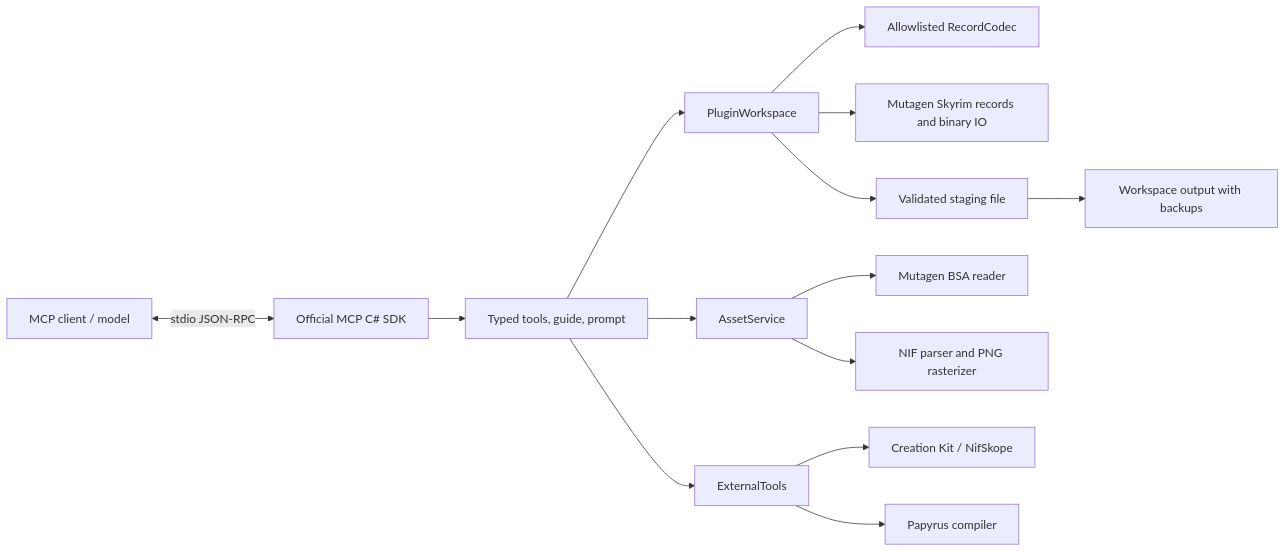
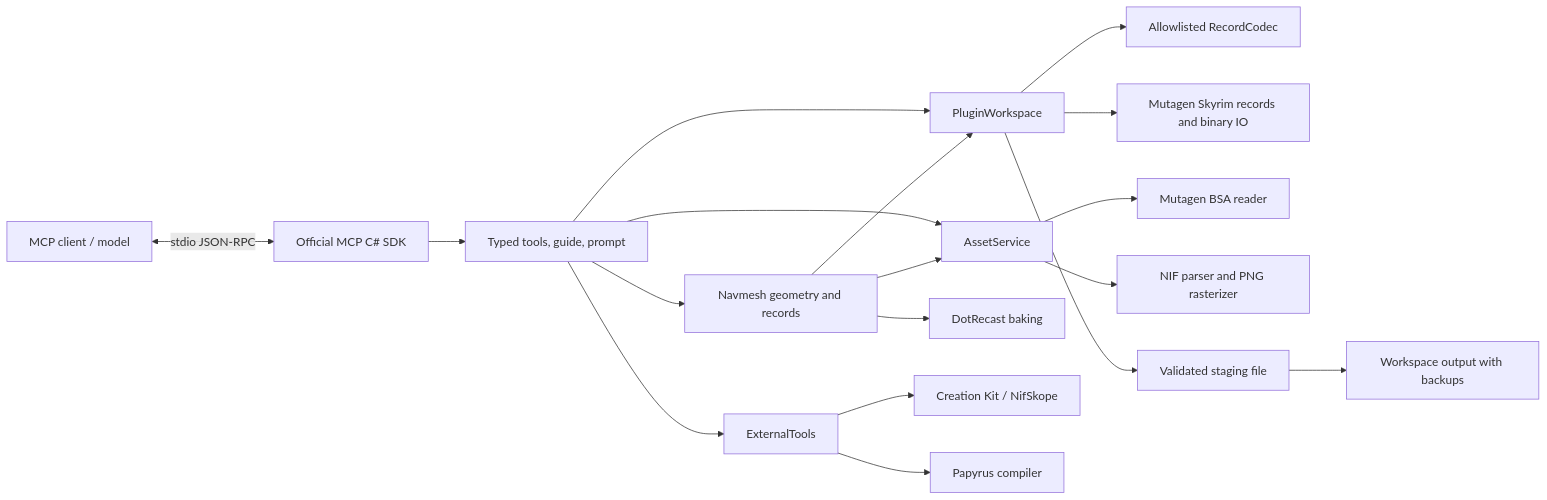
Before and after one commit to tel-0s/SehtMCP: the diagram in docs/ARCHITECTURE.md, drawn with Mermaid. The commit also changed other lines of this file and 30 other files, not shown here.

````diff
--- a/docs/ARCHITECTURE.md
+++ b/docs/ARCHITECTURE.md
@@ -3,16 +3,20 @@
 ```mermaid
 flowchart LR
   Client[MCP client / model] <-->|stdio JSON-RPC| SDK[Official MCP C# SDK]
   SDK --> Tools[Typed tools, guide, prompt]
   Tools --> Workspace[PluginWorkspace]
   Tools --> Assets[AssetService]
   Tools --> External[ExternalTools]
   Workspace --> Codec[Allowlisted RecordCodec]
   Workspace --> Mutagen[Mutagen Skyrim records and binary IO]
   Assets --> BSA[Mutagen BSA reader]
   Assets --> NIF[NIF parser and PNG rasterizer]
+  Tools --> Navmesh[Navmesh geometry and records]
+  Navmesh --> Recast[DotRecast baking]
+  Navmesh --> Workspace
+  Navmesh --> Assets
   External --> CK[Creation Kit / NifSkope]
   External --> Papyrus[Papyrus compiler]
   Workspace --> Staging[Validated staging file]
   Staging --> Output[Workspace output with backups]
 ```
````
